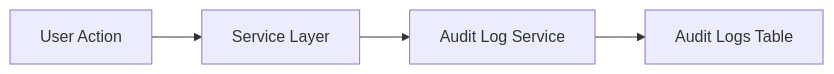
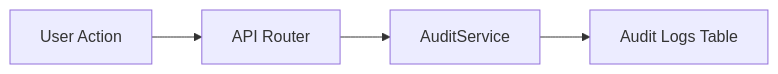
The fifth of 5 diagrams in docs/architecture/Architecture-Overview.md (InvictusRex/Ludexis), drawn with Mermaid before and after one commit. The commit also changed other lines of this file and 7 other files, not shown here.

Commit message:
docs(architecture): align architecture docs, API guide, README and backlogs with the implementation

````diff
--- a/docs/architecture/Architecture-Overview.md
+++ b/docs/architecture/Architecture-Overview.md
@@ -462,17 +470,17 @@
 ```mermaid
 flowchart LR
 
     UserAction["User Action"]
 
-    Service["Service Layer"]
+    Router["API Router"]
 
-    AuditService["Audit Log Service"]
+    AuditService["AuditService"]
 
     AuditTable["Audit Logs Table"]
 
-    UserAction --> Service
+    UserAction --> Router
 
-    Service --> AuditService
+    Router --> AuditService
 
     AuditService --> AuditTable
 ```
````
